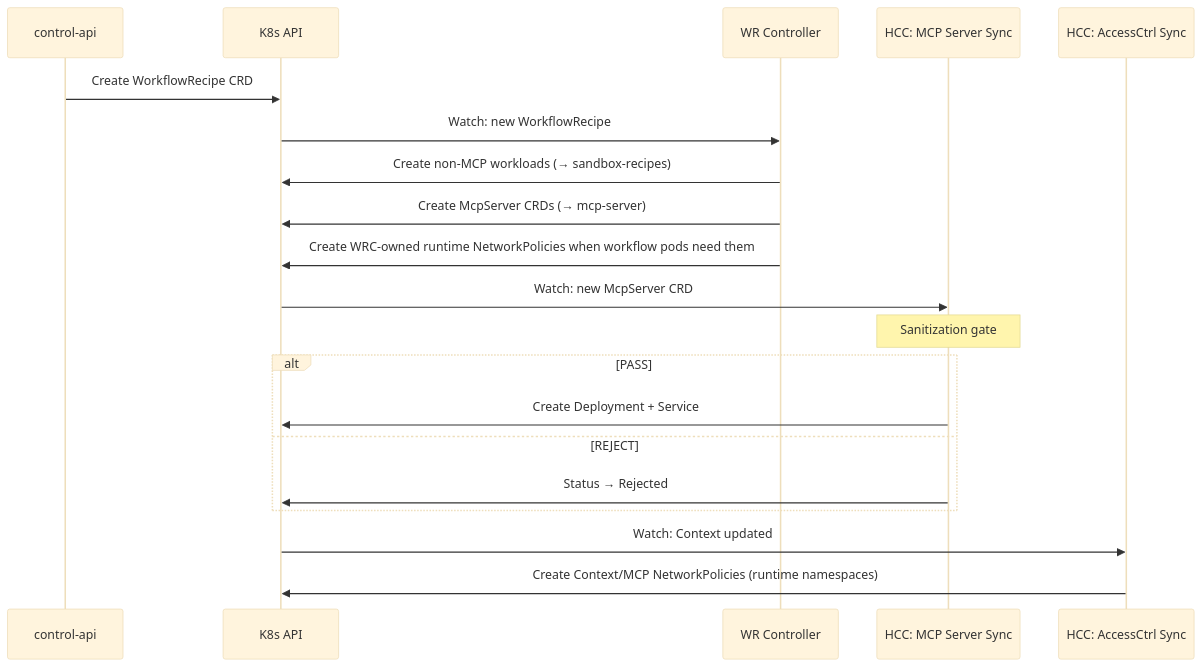
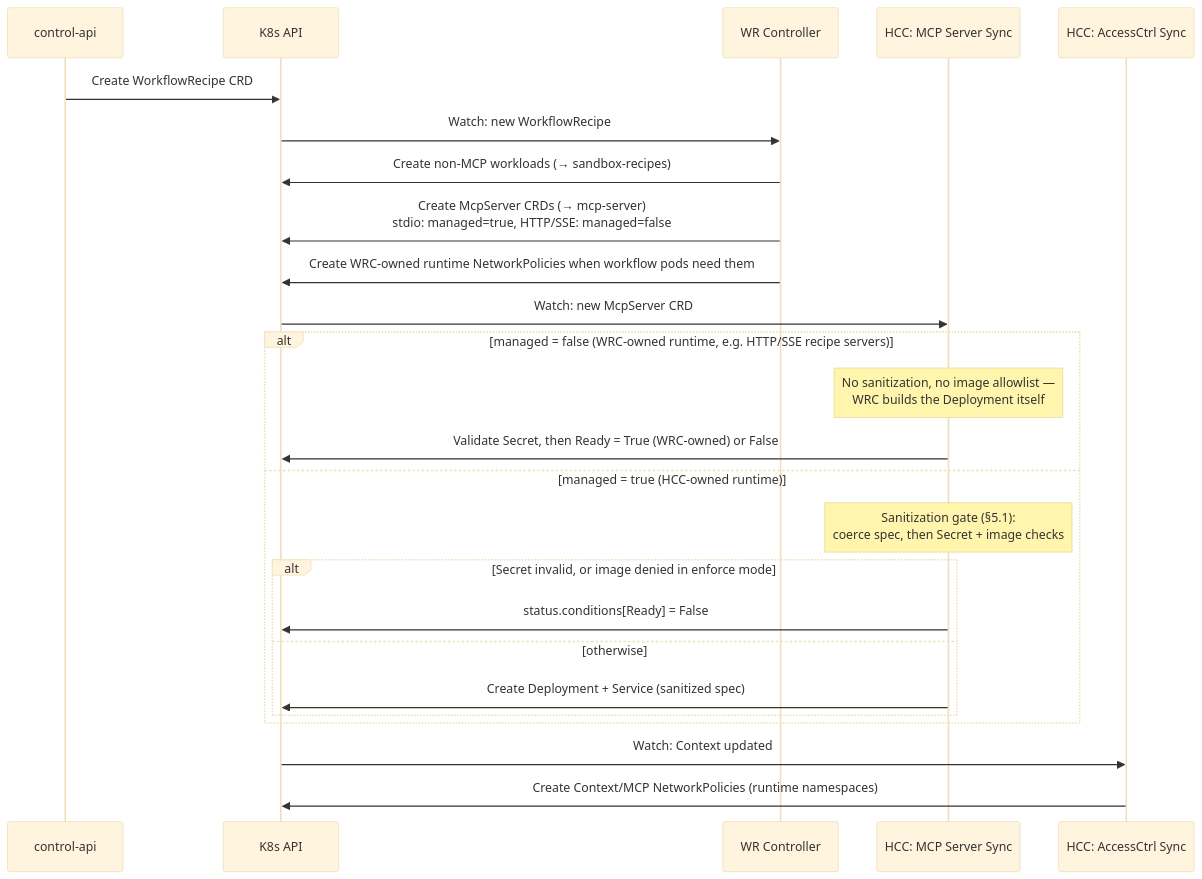
One commit to evenfire-ai/evenfire changed the fourth of 11 diagrams in docs/architecture/platform-topology.md. Above: the diagram before and after it, drawn with Mermaid. The commit also changed other lines of this file and 20 other files, not shown here.

````diff
--- a/docs/architecture/platform-topology.md
+++ b/docs/architecture/platform-topology.md
@@ -285,28 +286,33 @@
 ```mermaid
 %%{init: {'theme':'base', 'themeVariables': {'fontSize':'12px'}}}%%
 sequenceDiagram
     participant API as control-api
     participant K8s as K8s API
     participant WRC as WR Controller
     participant HCC_S as HCC: MCP Server Sync
     participant HCC_A as HCC: AccessCtrl Sync
 
     API->>K8s: Create WorkflowRecipe CRD
     K8s->>WRC: Watch: new WorkflowRecipe
 
     WRC->>K8s: Create non-MCP workloads (→ sandbox-recipes)
-    WRC->>K8s: Create McpServer CRDs (→ mcp-server)
+    WRC->>K8s: Create McpServer CRDs (→ mcp-server)<br/>stdio: managed=true, HTTP/SSE: managed=false
     WRC->>K8s: Create WRC-owned runtime NetworkPolicies when workflow pods need them
 
     K8s->>HCC_S: Watch: new McpServer CRD
-    Note over HCC_S: Sanitization gate
 
-    alt PASS
-        HCC_S->>K8s: Create Deployment + Service
-    else REJECT
-        HCC_S->>K8s: Status → Rejected
+    alt managed = false (WRC-owned runtime, e.g. HTTP/SSE recipe servers)
+        Note over HCC_S: No sanitization, no image allowlist —<br/>WRC builds the Deployment itself
+        HCC_S->>K8s: Validate Secret, then Ready = True (WRC-owned) or False
+    else managed = true (HCC-owned runtime)
+        Note over HCC_S: Sanitization gate (§5.1):<br/>coerce spec, then Secret + image checks
+        alt Secret invalid, or image denied in enforce mode
+            HCC_S->>K8s: status.conditions[Ready] = False
+        else otherwise
+            HCC_S->>K8s: Create Deployment + Service (sanitized spec)
+        end
     end
 
     K8s->>HCC_A: Watch: Context updated
     HCC_A->>K8s: Create Context/MCP NetworkPolicies (runtime namespaces)
 ```
````
